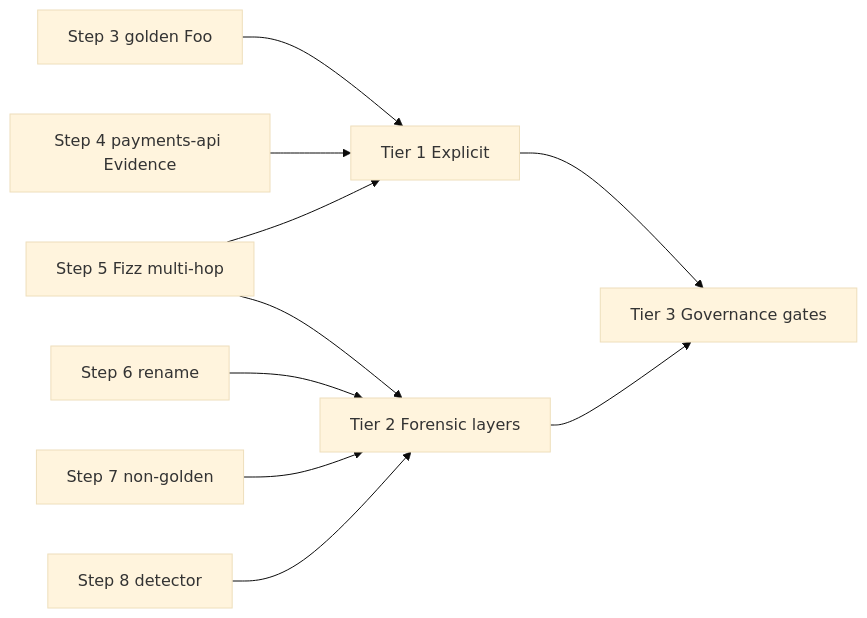
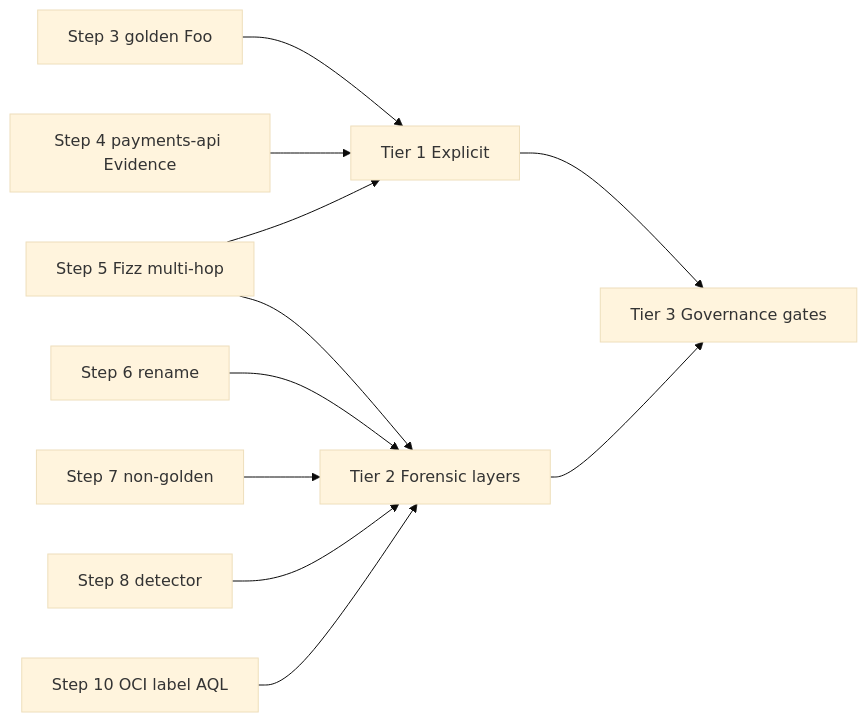
One commit to tomjfrog/acme-docker-lineage changed the diagram in FINDINGS.md. Above: the diagram before and after it, drawn with Mermaid (base theme). The commit also changed other lines of this file and 1 other file, not shown here.

Commit message:
Document AQL search of inherited golden OCI labels and move talking points to the deck spec.

````diff
--- a/FINDINGS.md
+++ b/FINDINGS.md
@@ -246,12 +294,13 @@
 ```mermaid
 flowchart LR
   step3[Step 3 golden Foo] --> tier1[Tier 1 Explicit]
   step4[Step 4 payments-api Evidence] --> tier1
   step5[Step 5 Fizz multi-hop] --> tier1
   step5 --> tier2[Tier 2 Forensic layers]
   step6[Step 6 rename] --> tier2
   step7[Step 7 non-golden] --> tier2
   step8[Step 8 detector] --> tier2
+  step10[Step 10 OCI label AQL] --> tier2
   tier1 --> tier3[Tier 3 Governance gates]
   tier2 --> tier3
 ```
````
